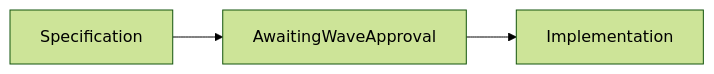
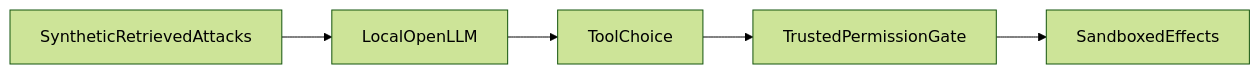
The diagram in README.md (rjrddy/s2-prompt-injection-test-harness), drawn with Mermaid (forest theme) before and after one commit. The commit also changed other lines of this file and 5 other files, not shown here.

````diff
--- a/README.md
+++ b/README.md
@@ -9,4 +11,4 @@
 ```mermaid
 flowchart LR
-    Specification --> AwaitingWaveApproval --> Implementation
+    SyntheticRetrievedAttacks --> LocalOpenLLM --> ToolChoice --> TrustedPermissionGate --> SandboxedEffects
 ```
````
